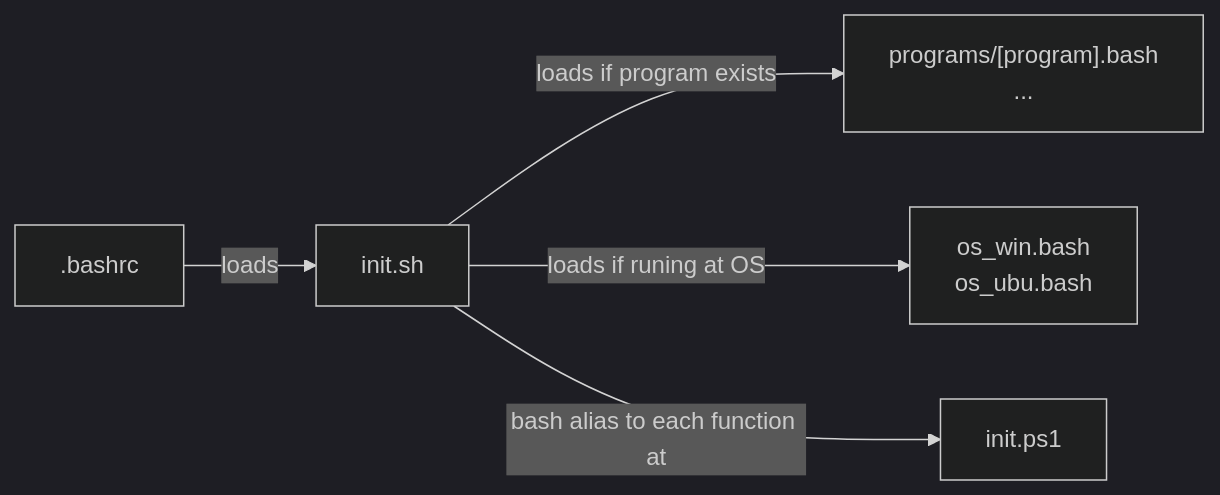
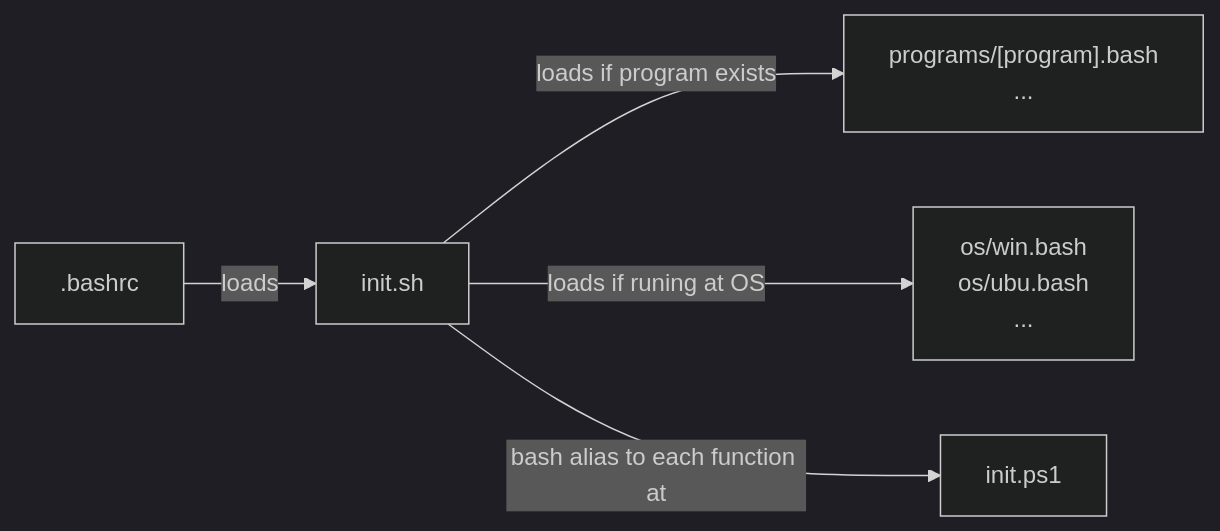
One commit to alanlivio/ps-sh-helpers changed the first of 2 diagrams in README.md. Above: the diagram before and after it, drawn with Mermaid. The commit also changed other lines of this file and 5 other files, not shown here.

````diff
--- a/README.md
+++ b/README.md
@@ -7,20 +7,21 @@
 ```mermaid
 %%{init: {'theme':'dark'}}%%
 flowchart LR
     bashrc[".bashrc"]
     ps-init["init.ps1"]
     sh-init["init.sh"]
     program-dependent["
         programs/[program].bash
         ...
     "]
     OS-dependent["
-        os_win.bash
-        os_ubu.bash
+        os/win.bash
+        os/ubu.bash
+        ...
     "]
     
     bashrc --> |"loads"| sh-init
     sh-init --> |"loads if program exists"| program-dependent
     sh-init --> |"loads if runing at OS"| OS-dependent
     sh-init --> |"bash alias to each function at"| ps-init
 ```
````
